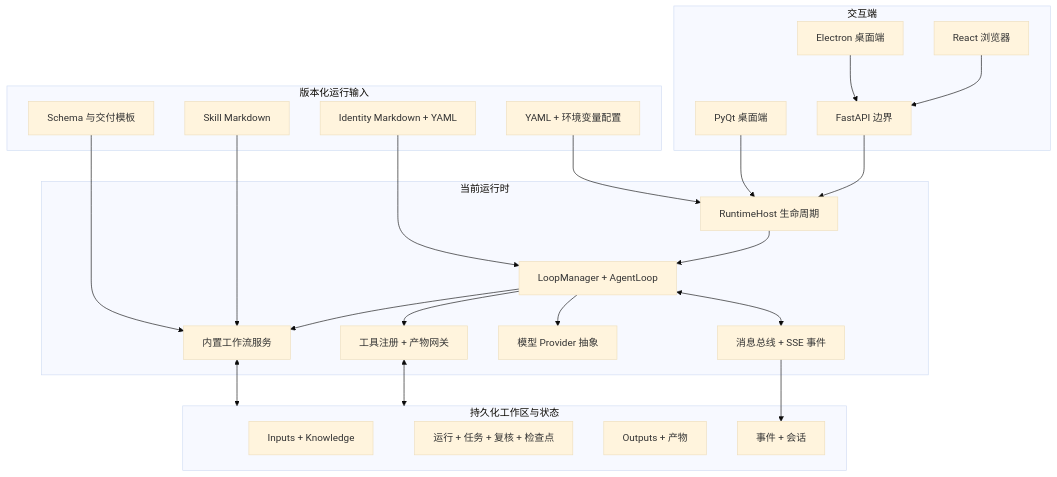
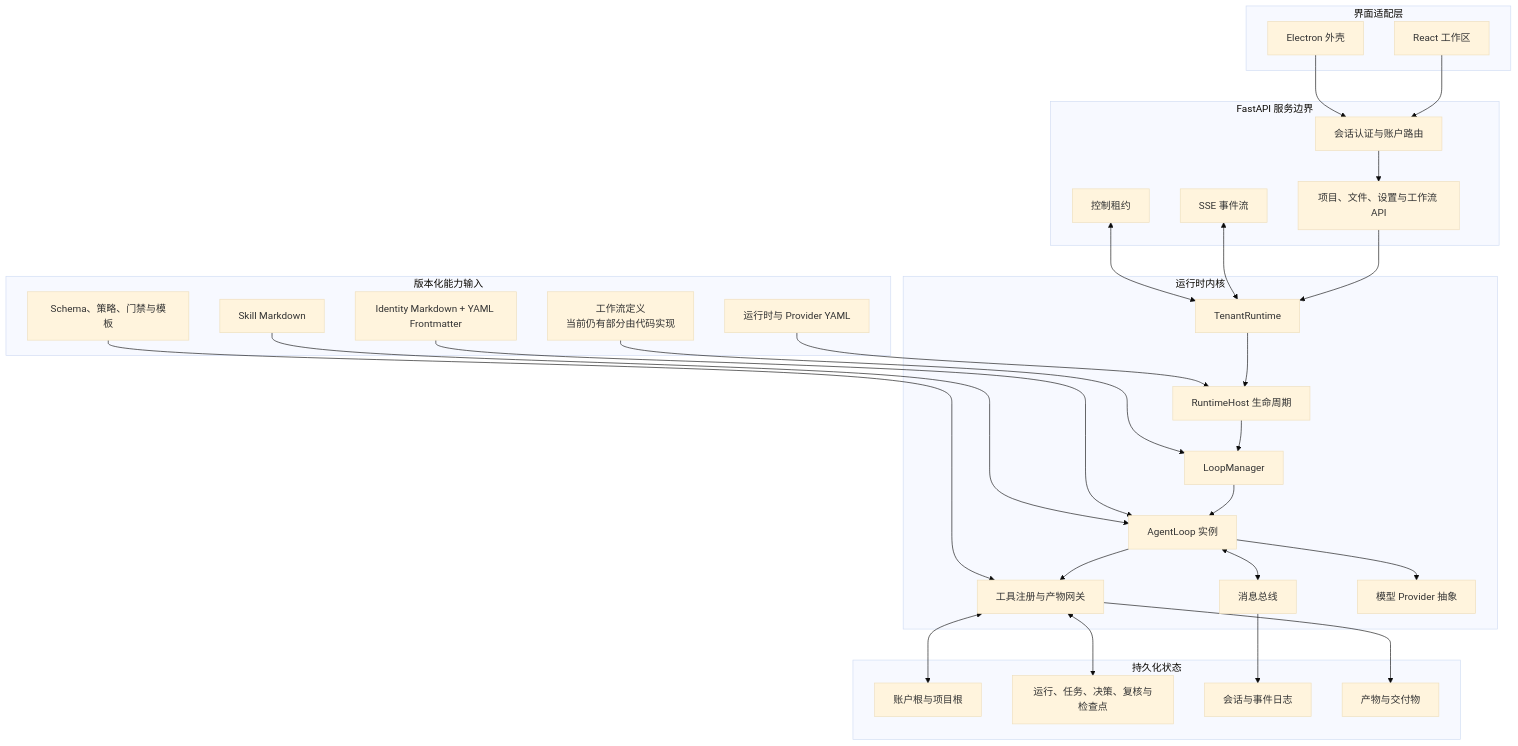
Before and after one commit to csxq0605/manyselves: the diagram in README_zh.md, drawn with Mermaid (base theme). The commit also changed other lines of this file and 3 other files, not shown here.

````diff
--- a/README_zh.md
+++ b/README_zh.md
@@ -219,52 +36,64 @@
 ```mermaid
 flowchart TB
-    subgraph Interfaces["交互端"]
-        React["React 浏览器"]
-        Electron["Electron 桌面端"]
-        PyQt["PyQt 桌面端"]
-        API["FastAPI 边界"]
+    subgraph Clients["界面适配层"]
+        React["React 工作区"]
+        Electron["Electron 外壳"]
     end
 
-    subgraph Runtime["当前运行时"]
-        Host["RuntimeHost 生命周期"]
-        Loops["LoopManager + AgentLoop"]
-        Bus["消息总线 + SSE 事件"]
-        Tools["工具注册 + 产物网关"]
-        Providers["模型 Provider 抽象"]
-        Workflow["内置工作流服务"]
+    subgraph API["FastAPI 服务边界"]
+        Auth["会话认证与账户路由"]
+        Routes["项目、文件、设置与工作流 API"]
+        Events["SSE 事件流"]
+        Lease["控制租约"]
     end
 
-    subgraph Definitions["版本化运行输入"]
-        Identity["Identity Markdown + YAML"]
-        Skills["Skill Markdown"]
-        Config["YAML + 环境变量配置"]
-        Templates["Schema 与交付模板"]
+    subgraph Kernel["运行时内核"]
+        Tenant["TenantRuntime"]
+        Host["RuntimeHost 生命周期"]
+        Manager["LoopManager"]
+        Loops["AgentLoop 实例"]
+        Bus["消息总线"]
+        Tools["工具注册与产物网关"]
+        Providers["模型 Provider 抽象"]
     end
 
-    subgraph Durable["持久化工作区与状态"]
-        Inputs["Inputs + Knowledge"]
-        Work["运行 + 任务 + 复核 + 检查点"]
-        Outputs["Outputs + 产物"]
-        Events["事件 + 会话"]
+    subgraph Definitions["版本化能力输入"]
+        Identity["Identity Markdown + YAML Frontmatter"]
+        Skills["Skill Markdown"]
+        Config["运行时与 Provider YAML"]
+        Contracts["Schema、策略、门禁与模板"]
+        Workflow["工作流定义\n当前仍有部分由代码实现"]
     end
 
-    React --> API
-    Electron --> API
-    API --> Host
-    PyQt --> Host
+    subgraph State["持久化状态"]
+        Projects["账户根与项目根"]
+        Work["运行、任务、决策、复核与检查点"]
+        Conversations["会话与事件日志"]
+        Outputs["产物与交付物"]
+    end
 
-    Host --> Loops
+    React --> Auth
+    Electron --> Auth
+    Auth --> Routes
+    Routes --> Tenant
+    Events <--> Tenant
+    Lease <--> Tenant
+
+    Tenant --> Host
+    Host --> Manager
+    Manager --> Loops
     Loops <--> Bus
     Loops --> Tools
     Loops --> Providers
-    Loops --> Workflow
 
     Identity --> Loops
-    Skills --> Workflow
+    Skills --> Loops
     Config --> Host
-    Templates --> Workflow
+    Contracts --> Tools
+    Workflow --> Manager
 
-    Tools <--> Durable
-    Workflow <--> Durable
-    Bus --> Events
+    Tools <--> Projects
+    Tools <--> Work
+    Bus --> Conversations
+    Tools --> Outputs
 ```
````
